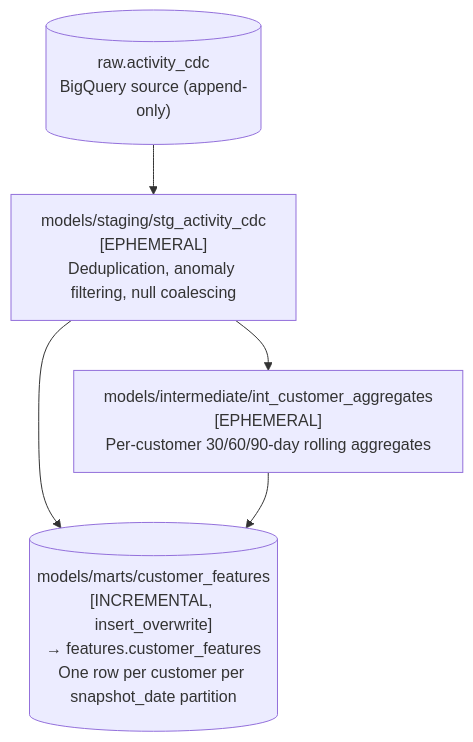
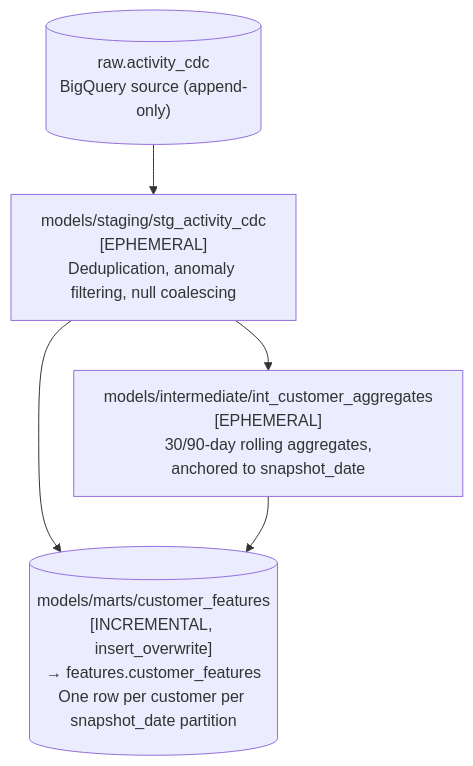
Before and after one commit to marcopellegrinoit/gcp-mlops-customer-churn: the first of 2 diagrams in docs/data-lifecycle.md, drawn with Mermaid. The commit also changed other lines of this file, not shown here.

First line of the commit message:
Document snapshot-date window anchoring in the data-lifecycle guide

````diff
--- a/docs/data-lifecycle.md
+++ b/docs/data-lifecycle.md
@@ -122,12 +122,12 @@
 ```mermaid
 flowchart TD
     RAW[("raw.activity_cdc<br/>BigQuery source (append-only)")]
     STG["models/staging/stg_activity_cdc<br/>[EPHEMERAL]<br/>Deduplication, anomaly filtering, null coalescing"]
-    INT["models/intermediate/int_customer_aggregates<br/>[EPHEMERAL]<br/>Per-customer 30/60/90-day rolling aggregates"]
+    INT["models/intermediate/int_customer_aggregates<br/>[EPHEMERAL]<br/>30/90-day rolling aggregates,<br/>anchored to snapshot_date"]
     MART[("models/marts/customer_features<br/>[INCREMENTAL, insert_overwrite]<br/>→ features.customer_features<br/>One row per customer per snapshot_date partition")]
 
     RAW --> STG
     STG --> INT
     STG --> MART
     INT --> MART
 ```
````
